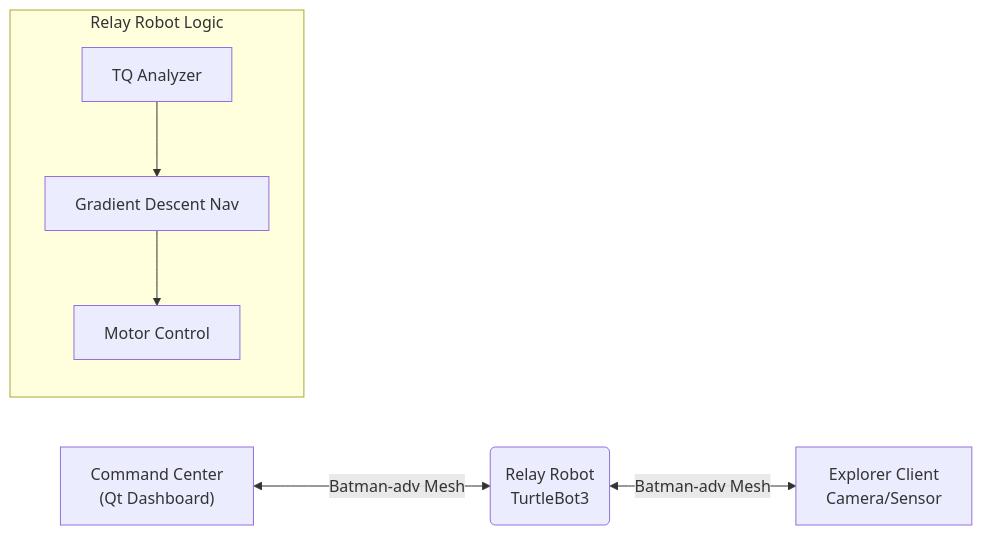
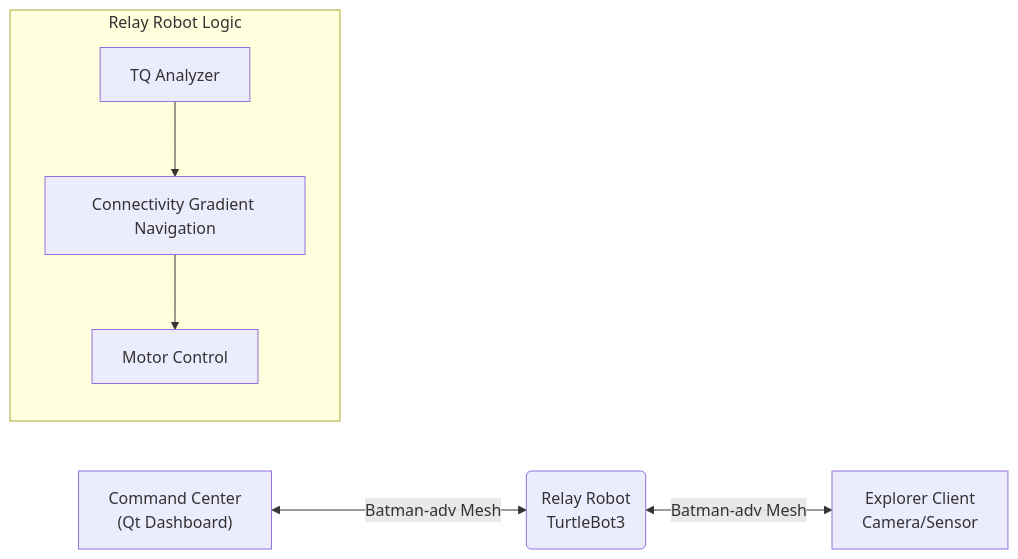
Before and after one commit to seolihan651/Intel-4th-Project: the diagram in README.md, drawn with Mermaid. The commit also changed other lines of this file, not shown here.

````diff
--- a/README.md
+++ b/README.md
@@ -57,11 +58,11 @@
 ```mermaid
 flowchart LR
     A["Command Center<br/>(Qt Dashboard)"] <-->|Batman-adv Mesh| B("Relay Robot<br/>TurtleBot3")
     B <-->|Batman-adv Mesh| C["Explorer Client<br/>Camera/Sensor"]
     
     subgraph "Relay Robot Logic"
-    B1[TQ Analyzer] --> B2[Gradient Descent Nav]
+    B1[TQ Analyzer] --> B2[Connectivity Gradient Navigation]
     B2 --> B3[Motor Control]
     end
 
 ```
````
